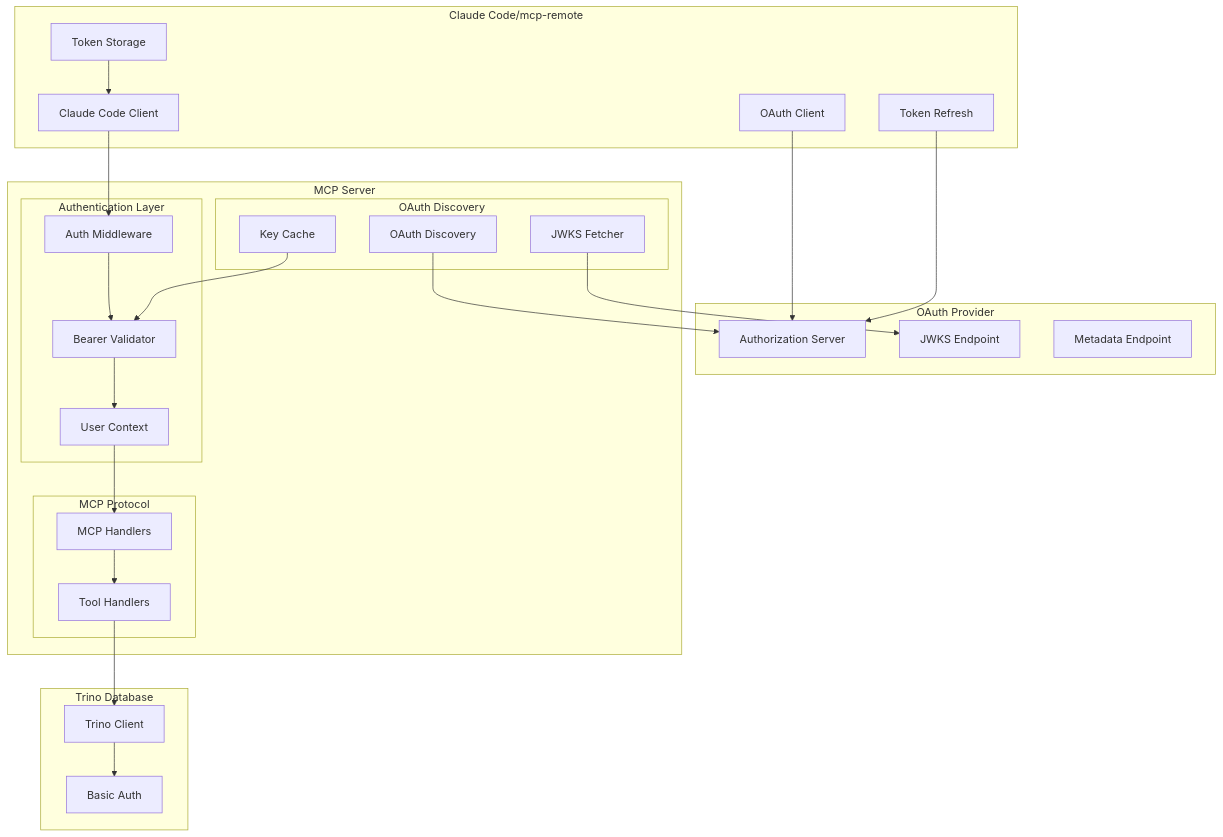
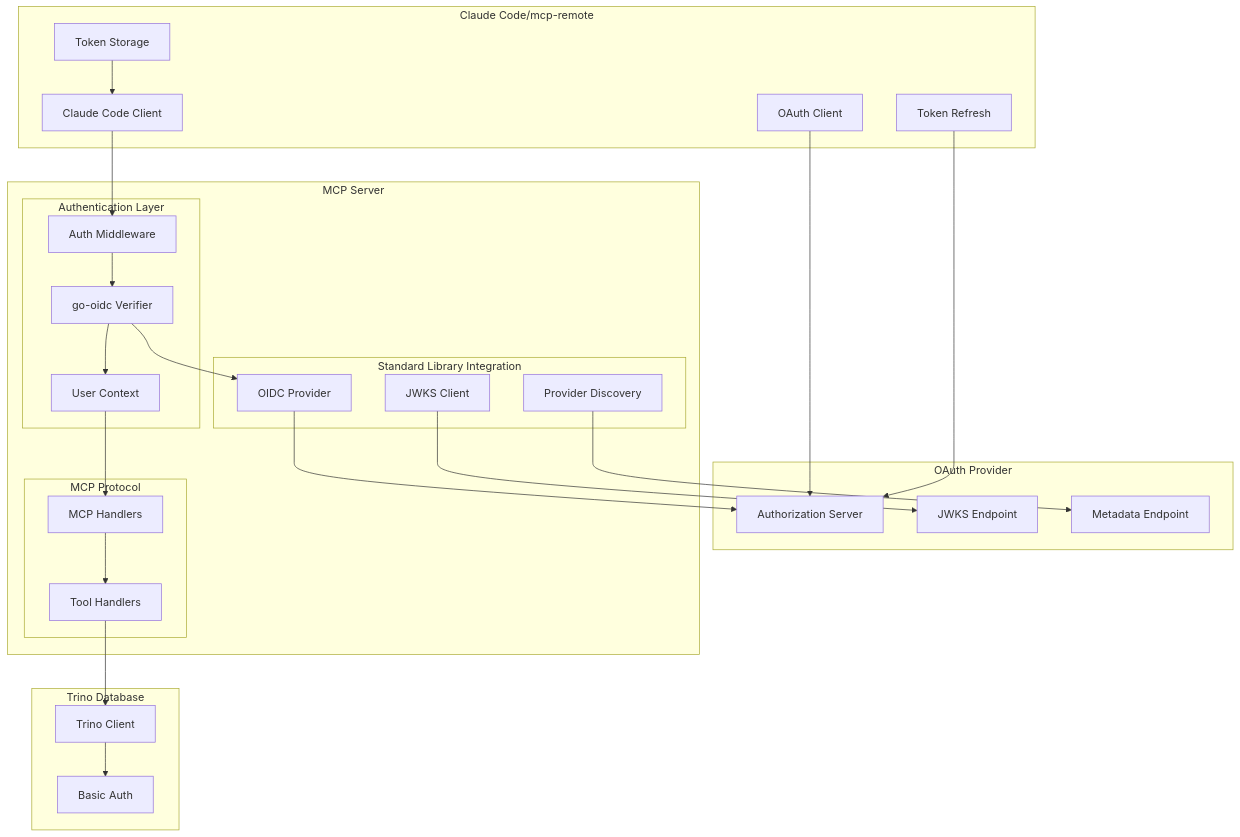
The fourth of 4 diagrams in docs/oauth.md (pygaurav/mcp-trino), drawn with Mermaid before and after one commit. The commit also changed other lines of this file, not shown here.

Commit message:
docs(oauth): update implementation plan with Go standard library use

````diff
--- a/docs/oauth.md
+++ b/docs/oauth.md
@@ -185,55 +185,56 @@
 ```mermaid
 graph TB
     subgraph "Claude Code/mcp-remote"
         CC[Claude Code Client]
         TR[Token Refresh]
         TS[Token Storage]
         OC[OAuth Client]
     end
     
     subgraph "OAuth Provider"
         AS[Authorization Server]
         JWKS[JWKS Endpoint]
         META[Metadata Endpoint]
     end
     
     subgraph "MCP Server"
         subgraph "Authentication Layer"
             MW[Auth Middleware]
-            BV[Bearer Validator]
+            BV[go-oidc Verifier]
             UC[User Context]
         end
         
-        subgraph "OAuth Discovery"
-            OD[OAuth Discovery]
-            JF[JWKS Fetcher]
-            KC[Key Cache]
+        subgraph "Standard Library Integration"
+            OIDC[OIDC Provider]
+            DISC[Provider Discovery]
+            JWKS_CLIENT[JWKS Client]
         end
         
         subgraph "MCP Protocol"
             MH[MCP Handlers]
             TH[Tool Handlers]
         end
     end
     
     subgraph "Trino Database"
         TC[Trino Client]
         BA[Basic Auth]
     end
     
     CC --> MW
     MW --> BV
     BV --> UC
     UC --> MH
     MH --> TH
     TH --> TC
     TC --> BA
     
-    OD --> AS
-    JF --> JWKS
-    KC --> BV
+    OIDC --> AS
+    DISC --> META
+    JWKS_CLIENT --> JWKS
+    BV --> OIDC
     
     OC --> AS
     TR --> AS
     TS --> CC
 ```
````
